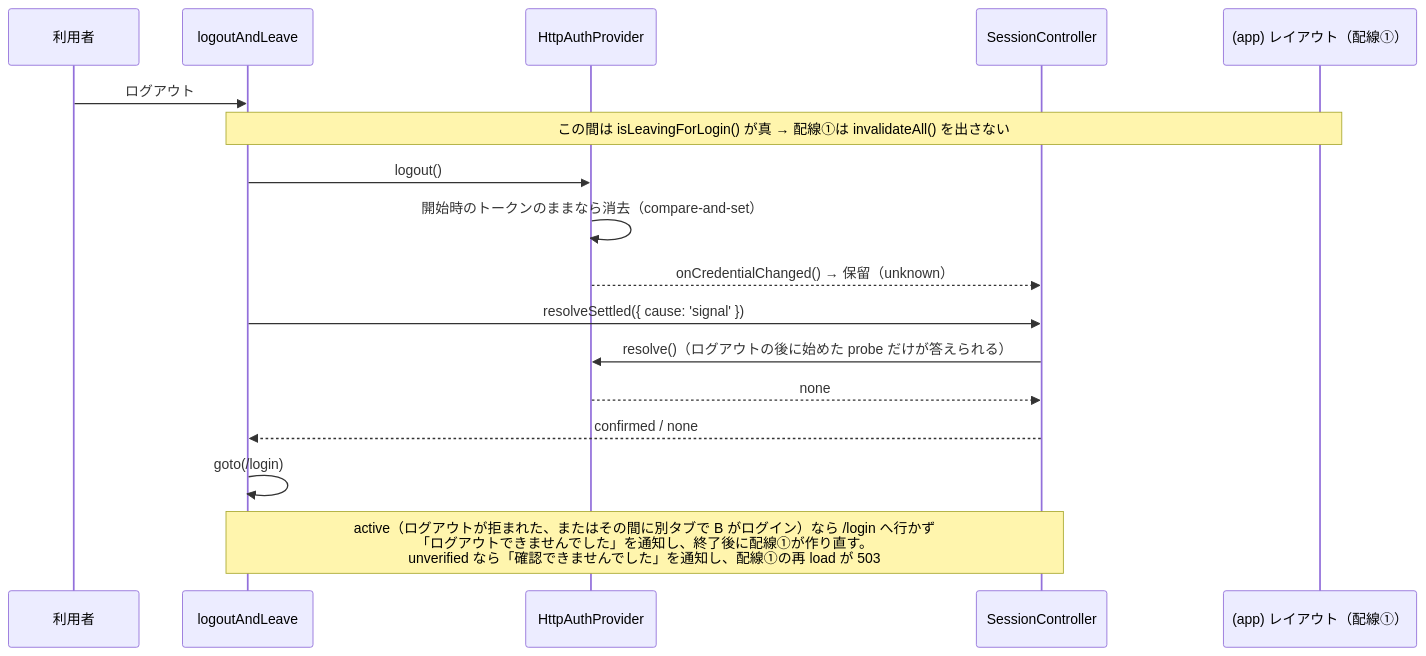
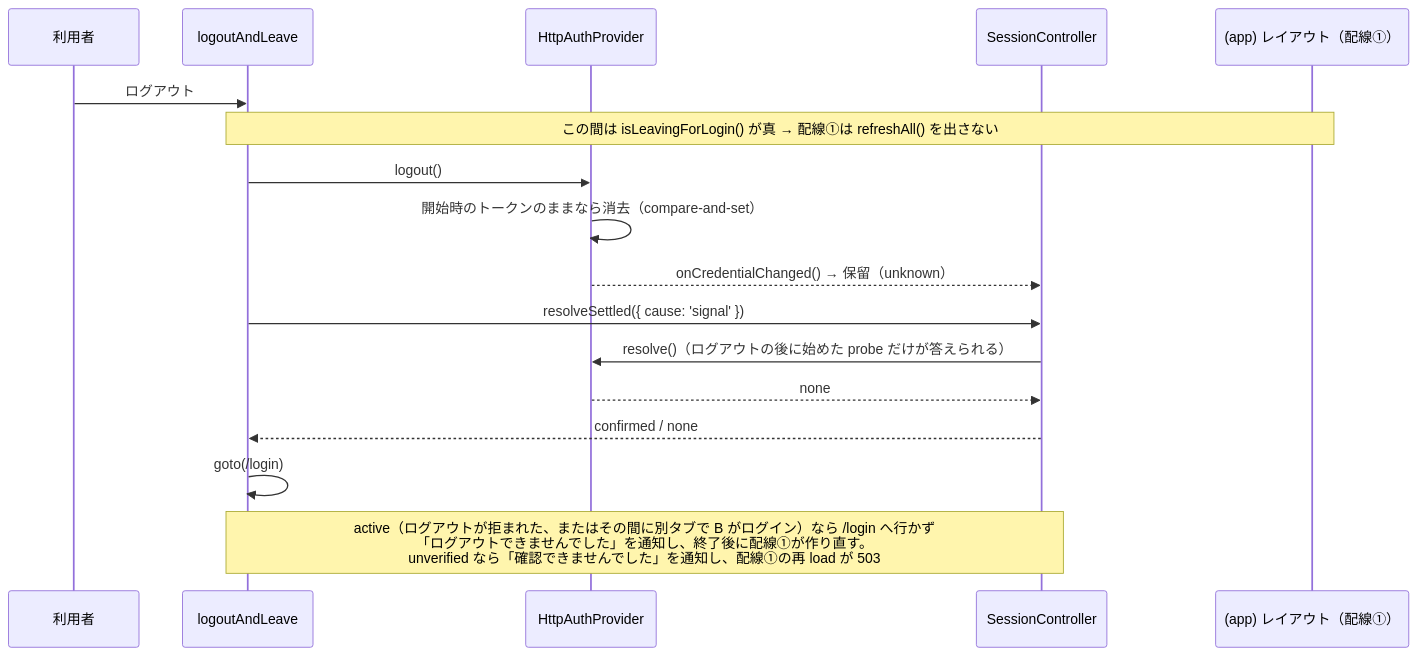
One commit to tyaro/banto changed the fifth of 11 diagrams in docs/architecture-flows.md. Above: the diagram before and after it, drawn with Mermaid. The commit also changed other lines of this file and 20 other files, not shown here.

````diff
--- a/docs/architecture-flows.md
+++ b/docs/architecture-flows.md
@@ -161,20 +161,20 @@
 ```mermaid
 sequenceDiagram
   participant U as 利用者
   participant LO as logoutAndLeave
   participant AP as HttpAuthProvider
   participant SC as SessionController
   participant L as (app) レイアウト（配線①）
 
   U->>LO: ログアウト
-  Note over LO,L: この間は isLeavingForLogin() が真 → 配線①は invalidateAll() を出さない
+  Note over LO,L: この間は isLeavingForLogin() が真 → 配線①は refreshAll() を出さない
   LO->>AP: logout()
   AP->>AP: 開始時のトークンのままなら消去（compare-and-set）
   AP-->>SC: onCredentialChanged() → 保留（unknown）
   LO->>SC: resolveSettled({ cause: 'signal' })
   SC->>AP: resolve()（ログアウトの後に始めた probe だけが答えられる）
   AP-->>SC: none
   SC-->>LO: confirmed / none
   LO->>LO: goto(/login)
   Note over LO,SC: active（ログアウトが拒まれた、またはその間に別タブで B がログイン）なら /login へ行かず<br/>「ログアウトできませんでした」を通知し、終了後に配線①が作り直す。<br/>unverified なら「確認できませんでした」を通知し、配線①の再 load が 503
 ```
````
